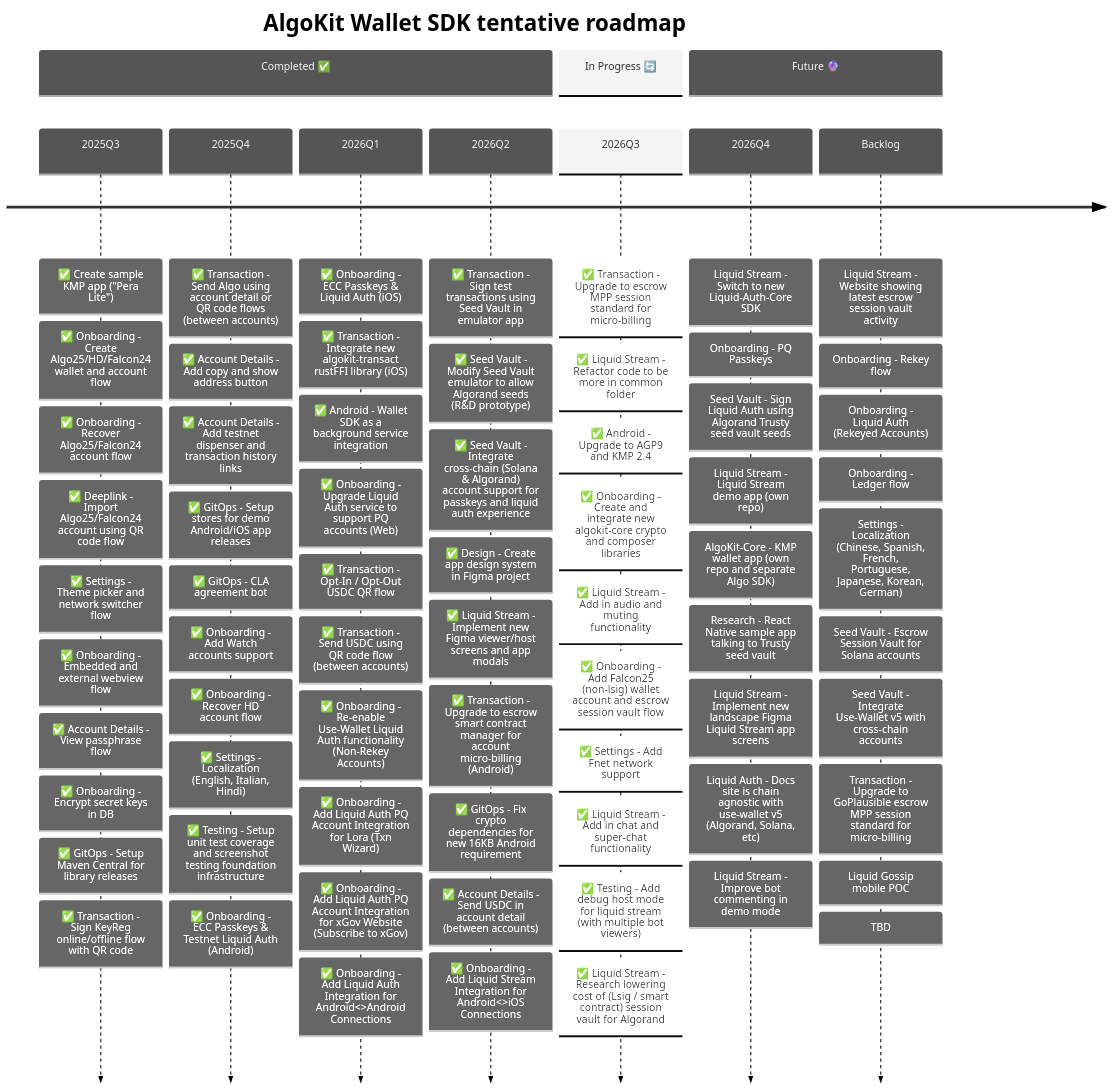
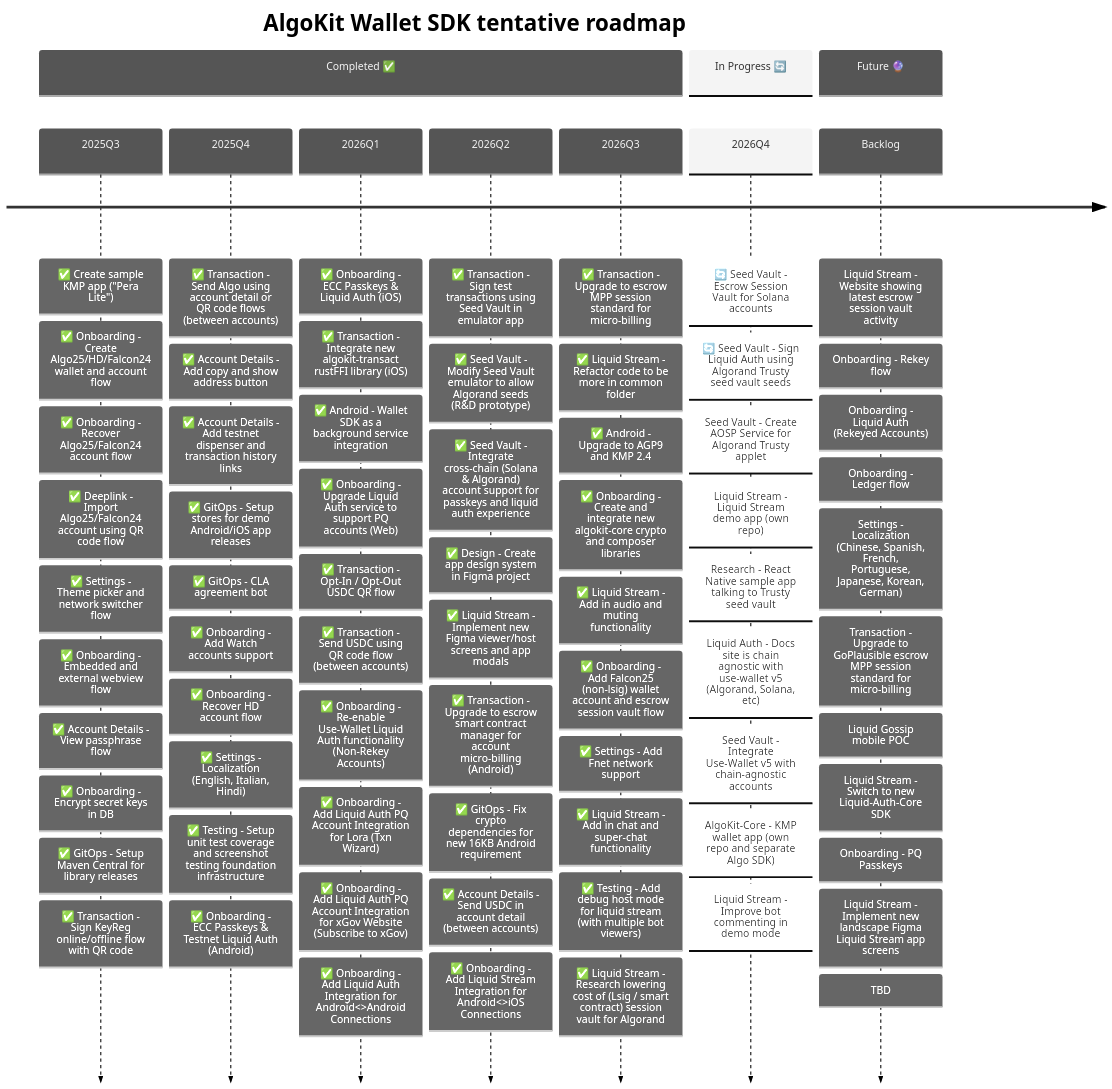
One commit to michaeltchuangllc/algokit-walletsdk-kmp changed the second of 3 diagrams in README.md. Above: the diagram before and after it, drawn with Mermaid. The commit also changed other lines of this file and 17 other files, not shown here.

Commit message:
feat: don't allow duplicate viewers in liquid stream (#430)

````diff
--- a/README.md
+++ b/README.md
@@ -118,40 +118,40 @@
             : ✅ Account Details - Send USDC in account detail (between accounts)
             : ✅ Onboarding - Add Liquid Stream Integration for Android<>iOS Connections
             
+    2026Q3  : ✅ Transaction - Upgrade to escrow MPP session standard for micro-billing
+            : ✅ Liquid Stream - Refactor code to be more in common folder
+            : ✅ Android - Upgrade to AGP9 and KMP 2.4
+            : ✅ Onboarding - Create and integrate new algokit-core crypto and composer libraries
+            : ✅ Liquid Stream - Add in audio and muting functionality
+            : ✅ Onboarding - Add Falcon25 (non-lsig) wallet account and escrow session vault flow
+            : ✅ Settings - Add Fnet network support
+            : ✅ Liquid Stream - Add in chat and super-chat functionality
+            : ✅ Testing - Add debug host mode for liquid stream (with multiple bot viewers)
+            : ✅ Liquid Stream - Research lowering cost of (Lsig / smart contract) session vault for Algorand          
+             
     section In Progress 🔄
-    2026Q3   : ✅ Transaction - Upgrade to escrow MPP session standard for micro-billing
-             : ✅ Liquid Stream - Refactor code to be more in common folder
-             : ✅ Android - Upgrade to AGP9 and KMP 2.4
-             : ✅ Onboarding - Create and integrate new algokit-core crypto and composer libraries
-             : ✅ Liquid Stream - Add in audio and muting functionality
-             : ✅ Onboarding - Add Falcon25 (non-lsig) wallet account and escrow session vault flow
-             : ✅ Settings - Add Fnet network support
-             : ✅ Liquid Stream - Add in chat and super-chat functionality
-             : ✅ Testing - Add debug host mode for liquid stream (with multiple bot viewers)
-             : ✅ Liquid Stream - Research lowering cost of (Lsig / smart contract) session vault for Algorand          
-             
+    2026Q4   
+             : 🔄 Seed Vault - Escrow Session Vault for Solana accounts
+             : 🔄 Seed Vault - Sign Liquid Auth using Algorand Trusty seed vault seeds
+             : Seed Vault - Create AOSP Service for Algorand Trusty applet
+             : Liquid Stream - Liquid Stream demo app (own repo)
+             : Research - React Native sample app talking to Trusty seed vault
+             : Liquid Auth - Docs site is chain agnostic with use-wallet v5 (Algorand, Solana, etc)
+             : Seed Vault - Integrate Use-Wallet v5 with chain-agnostic accounts
+             : AlgoKit-Core - KMP wallet app (own repo and separate Algo SDK)
+             : Liquid Stream - Improve bot commenting in demo mode
+
     section Future 🔮
-    2026Q4   
+    Backlog  : Liquid Stream - Website showing latest escrow session vault activity
+             : Onboarding - Rekey flow
+             : Onboarding - Liquid Auth (Rekeyed Accounts)
+             : Onboarding - Ledger flow
+             : Settings - Localization (Chinese, Spanish, French, Portuguese, Japanese, Korean, German)
+             : Transaction - Upgrade to GoPlausible escrow MPP session standard for micro-billing
+             : Liquid Gossip mobile POC
              : Liquid Stream - Switch to new Liquid-Auth-Core SDK
              : Onboarding - PQ Passkeys
-             : Seed Vault - Sign Liquid Auth using Algorand Trusty seed vault seeds
-             : Liquid Stream - Liquid Stream demo app (own repo)
-             : AlgoKit-Core - KMP wallet app (own repo and separate Algo SDK)
-             : Research - React Native sample app talking to Trusty seed vault
              : Liquid Stream - Implement new landscape Figma Liquid Stream app screens
-             : Liquid Auth - Docs site is chain agnostic with use-wallet v5 (Algorand, Solana, etc)
-             : Liquid Stream - Improve bot commenting in demo mode
-
-    Backlog
-            : Liquid Stream - Website showing latest escrow session vault activity
-            : Onboarding - Rekey flow
-            : Onboarding - Liquid Auth (Rekeyed Accounts)
-            : Onboarding - Ledger flow
-            : Settings - Localization (Chinese, Spanish, French, Portuguese, Japanese, Korean, German)
-            : Seed Vault - Escrow Session Vault for Solana accounts
-            : Seed Vault - Integrate Use-Wallet v5 with cross-chain accounts
-            : Transaction - Upgrade to GoPlausible escrow MPP session standard for micro-billing
-            : Liquid Gossip mobile POC
-            : TBD
+             : TBD
 
 ```
````
